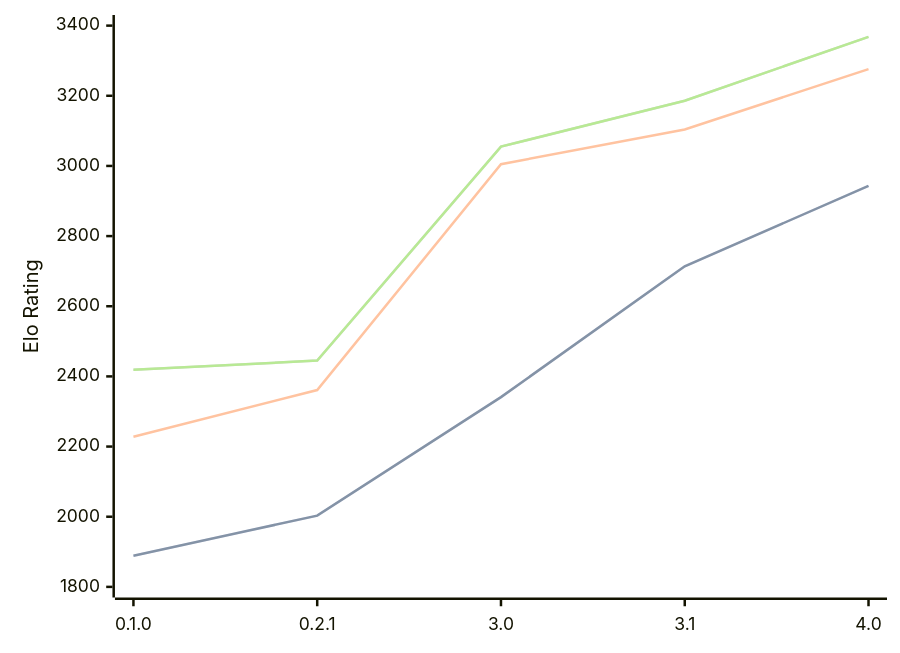
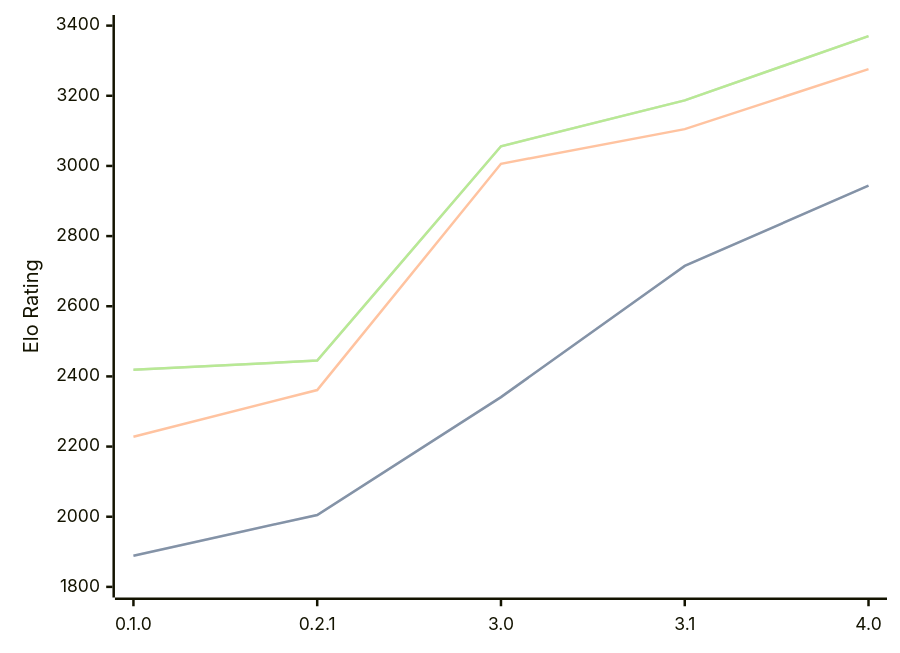
One commit to computer-chess-index/cci changed the diagram in engines/Sykora.md. Above: the diagram before and after it, drawn with Mermaid. The commit also changed other lines of this file, not shown here.

Commit message:
Update CCI Ratings (ELO VLTC) - 2026-09-13

````diff
--- a/engines/Sykora.md
+++ b/engines/Sykora.md
@@ -36,11 +36,11 @@
 ```mermaid
 %%{init: {"theme":"base","themeVariables":{"seriesColors:['#a3a3a3','#222221','#faa371']}}}%%
 xychart-beta
   x-axis ["0.1.0", "0.2.1", "3.0", "3.1", "4.0"]
   y-axis "Elo Rating" 1800 --> 3400
-  line "" [1889, 2003, 2341, 2714, 2943]
-  line "STC (8.0+0.08s)" [1889, 2003, 2341, 2714, 2943]
-  line "LTC (60.0+0.60s)" [2228, 2361, 3005, 3104, 3276]
-  line "" [2419, 2445, 3055, 3186, 3368]
-  line "VLTC (2m24s+1.12s)" [2419, 2445, 3055, 3186, 3368]
+  line "" [1889, 2005, 2341, 2715, 2944]
+  line "STC (8.0+0.08s)" [1889, 2005, 2341, 2715, 2944]
+  line "LTC (60.0+0.60s)" [2228, 2361, 3006, 3105, 3276]
+  line "" [2419, 2445, 3056, 3187, 3370]
+  line "VLTC (2m24s+1.12s)" [2419, 2445, 3056, 3187, 3370]
 ```
````
